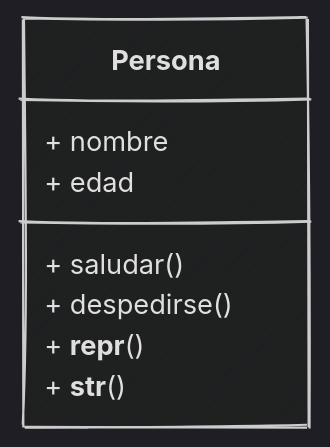
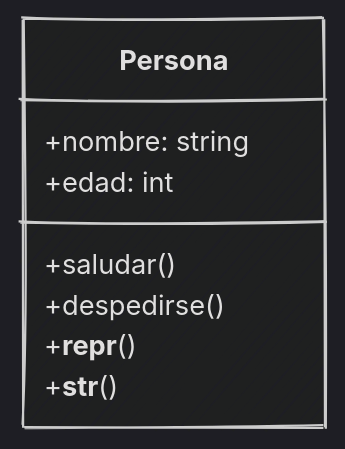
One commit to python-la-paz/python-study-group-oop changed the fourth of 18 diagrams in content/sesion08/Readme.md. Above: the diagram before and after it, drawn with Mermaid. The commit also changed other lines of this file and 2 other files, not shown here.

````diff
--- a/content/sesion08/Readme.md
+++ b/content/sesion08/Readme.md
@@ -647,12 +685,12 @@
 ```mermaid
 %%{init: {"theme": "dark", "look": "handDrawn"  }}%%
 classDiagram
     class Persona {
-        + nombre
-        + edad
-        + saludar()
-        + despedirse()
-        + __repr__()
-        + __str__()
+        +nombre: string
+        +edad: int
+        +saludar()
+        +despedirse()
+        +__repr__()
+        +__str__()
     }
-```	
+```
````
